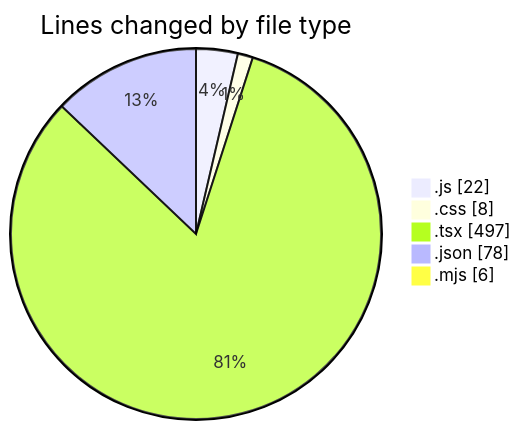
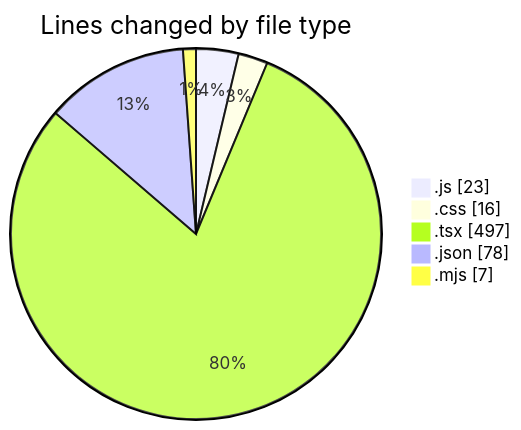
Before and after one commit to Ritupan-Deka/code-tracking: the first of 2 diagrams in 2025-06-19/scopecraft/README.md, drawn with Mermaid. The commit also changed other lines of this file and 1 other file, not shown here.

````diff
--- a/2025-06-19/scopecraft/README.md
+++ b/2025-06-19/scopecraft/README.md
@@ -34,9 +34,9 @@
 ```mermaid
 pie showData
 title Lines changed by file type
-".js" : 22
-".css" : 8
+".js" : 23
+".css" : 16
 ".tsx" : 497
 ".json" : 78
-".mjs" : 6
+".mjs" : 7
 ```
````
